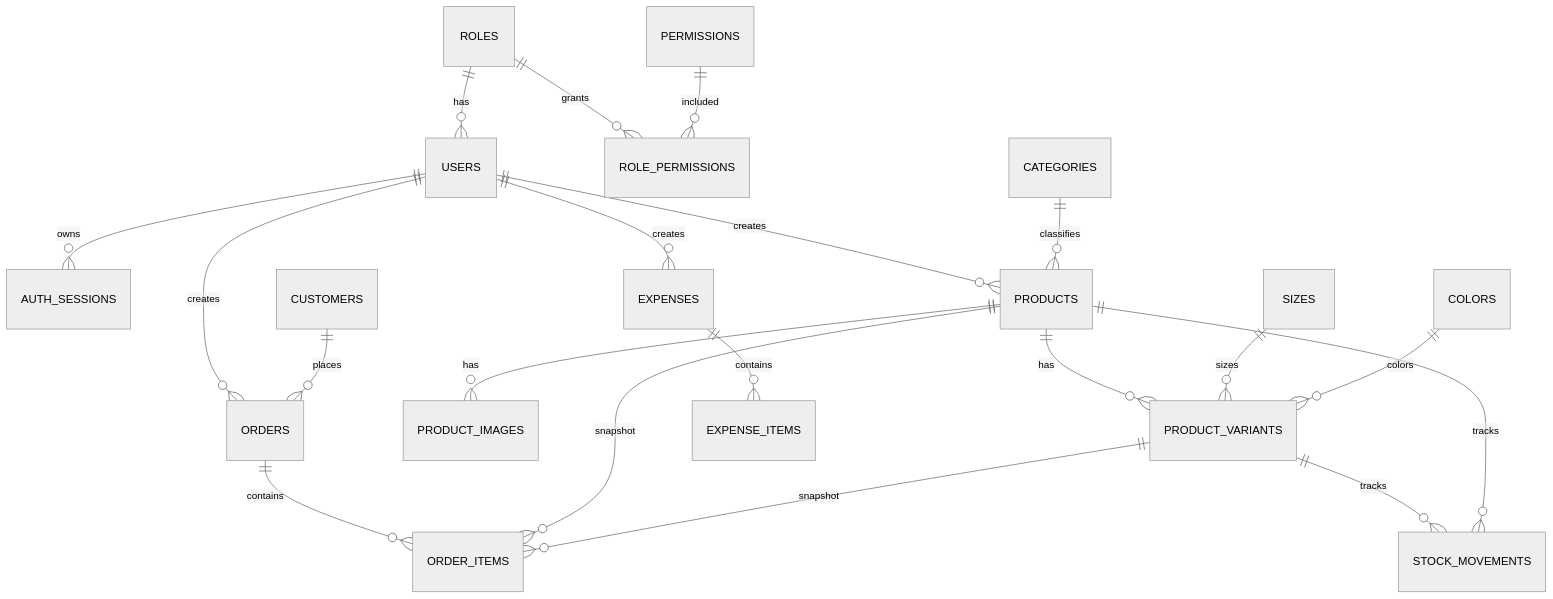
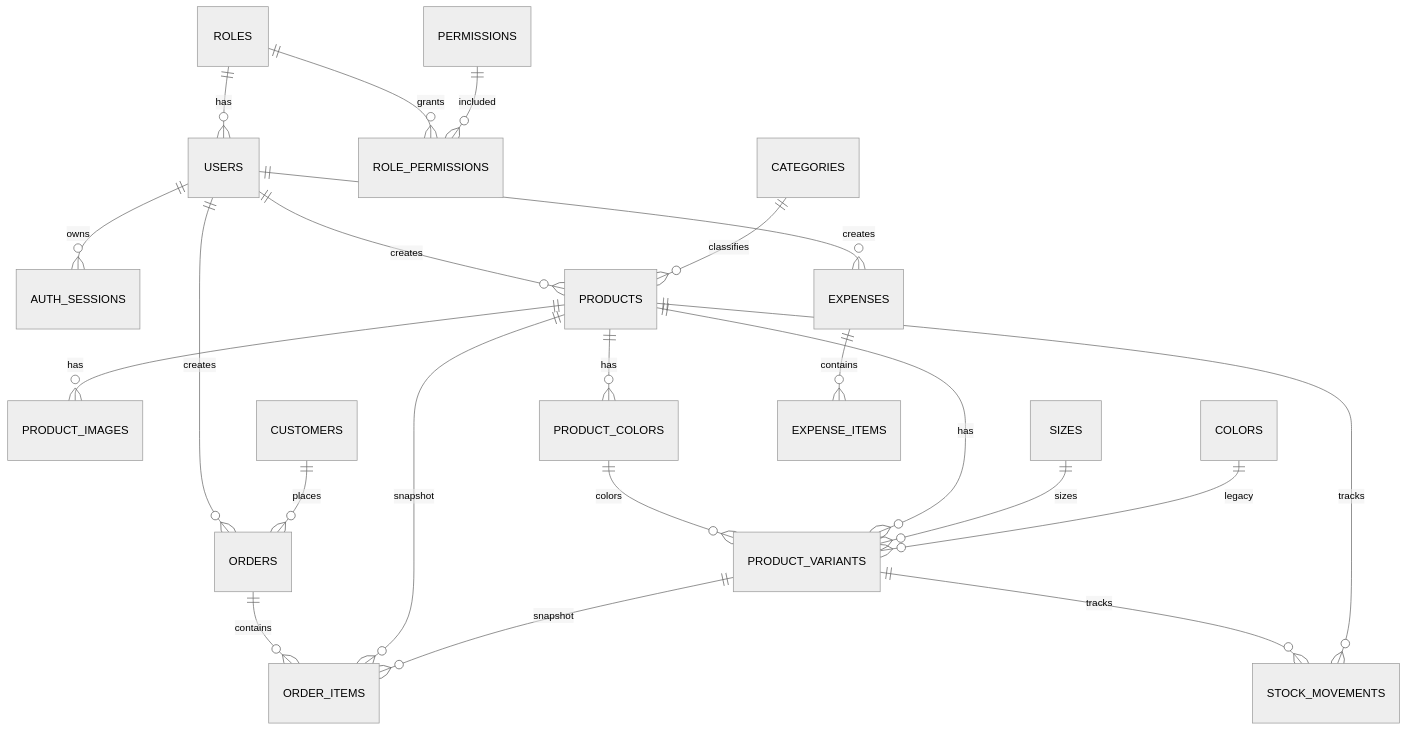
Before and after one commit to DSQL-MONGKEY/jiandco-api: the diagram in docs/database-schema.md, drawn with Mermaid (neutral theme). The commit also changed other lines of this file and 24 other files, not shown here.

Commit message:
feat<>: add product colors

````diff
--- a/docs/database-schema.md
+++ b/docs/database-schema.md
@@ -26,22 +26,24 @@
 ```mermaid
 erDiagram
   ROLES ||--o{ USERS : has
   ROLES ||--o{ ROLE_PERMISSIONS : grants
   PERMISSIONS ||--o{ ROLE_PERMISSIONS : included
   USERS ||--o{ AUTH_SESSIONS : owns
   USERS ||--o{ PRODUCTS : creates
   USERS ||--o{ ORDERS : creates
   USERS ||--o{ EXPENSES : creates
   CATEGORIES ||--o{ PRODUCTS : classifies
   PRODUCTS ||--o{ PRODUCT_IMAGES : has
+  PRODUCTS ||--o{ PRODUCT_COLORS : has
+  PRODUCT_COLORS ||--o{ PRODUCT_VARIANTS : colors
   PRODUCTS ||--o{ PRODUCT_VARIANTS : has
   SIZES ||--o{ PRODUCT_VARIANTS : sizes
-  COLORS ||--o{ PRODUCT_VARIANTS : colors
+  COLORS ||--o{ PRODUCT_VARIANTS : legacy
   CUSTOMERS ||--o{ ORDERS : places
   ORDERS ||--o{ ORDER_ITEMS : contains
   PRODUCTS ||--o{ ORDER_ITEMS : snapshot
   PRODUCT_VARIANTS ||--o{ ORDER_ITEMS : snapshot
   PRODUCT_VARIANTS ||--o{ STOCK_MOVEMENTS : tracks
   PRODUCTS ||--o{ STOCK_MOVEMENTS : tracks
   EXPENSES ||--o{ EXPENSE_ITEMS : contains
 ```
````
